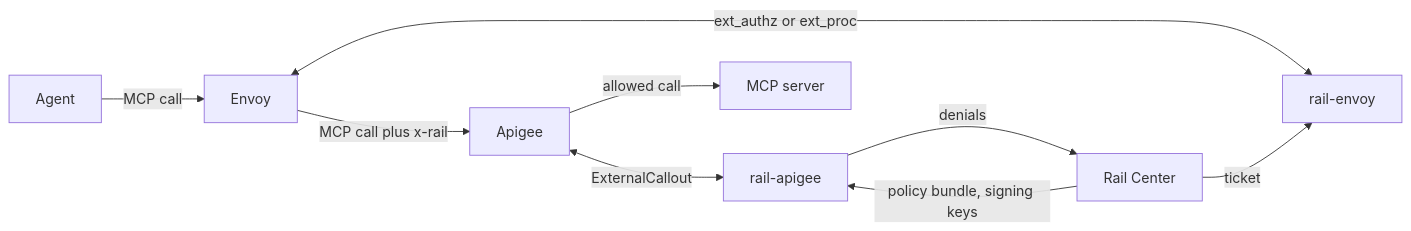
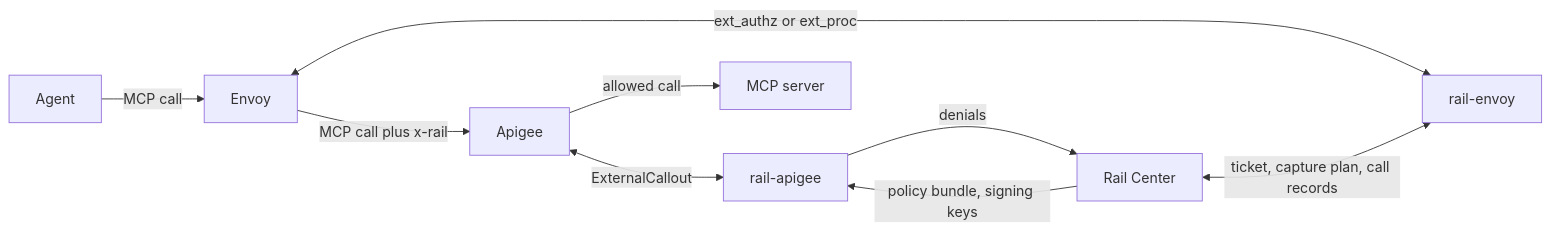
The diagram in README.md (datrail/railguard), drawn with Mermaid before and after one commit. The commit also changed other lines of this file and 27 other files, not shown here.

````diff
--- a/README.md
+++ b/README.md
@@ -13,11 +13,11 @@
 ```mermaid
 flowchart LR
   agent[Agent] -->|MCP call| envoy[Envoy]
   envoy <-->|ext_authz or ext_proc| railenvoy[rail-envoy]
   envoy -->|MCP call plus x-rail| apigee[Apigee]
   apigee <-->|ExternalCallout| railapigee[rail-apigee]
   apigee -->|allowed call| server[MCP server]
-  center[Rail Center] -->|ticket| railenvoy
+  center[Rail Center] <-->|ticket, capture plan, call records| railenvoy
   center -->|policy bundle, signing keys| railapigee
   railapigee -->|denials| center
 ```
````
